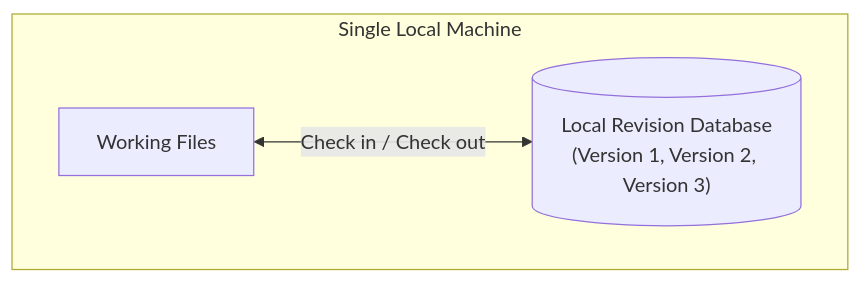
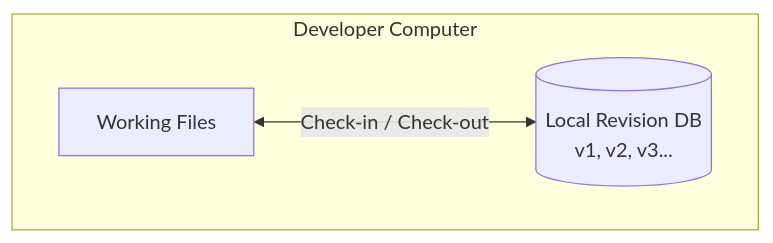
One commit to ArpitaSHiregoudar/git-reference-hub changed the third of 6 diagrams in 01-git-fundamentals/01-what-is-version-control.md. Above: the diagram before and after it, drawn with Mermaid. The commit also changed other lines of this file and 1 other file, not shown here.

Commit message:
01-what-is-version-contorl

````diff
--- a/01-git-fundamentals/01-what-is-version-control.md
+++ b/01-git-fundamentals/01-what-is-version-control.md
@@ -140,8 +101,8 @@
 ```mermaid
 flowchart TD
-    subgraph Single Local Machine
+    subgraph Developer Computer
         WD["Working Files"]
-        VCS_DB[("Local Revision Database\n(Version 1, Version 2, Version 3)")]
-        WD <-->|Check in / Check out| VCS_DB
+        DB[("Local Revision DB\nv1, v2, v3...")]
+        WD <-->|Check-in / Check-out| DB
     end
 ```
````
